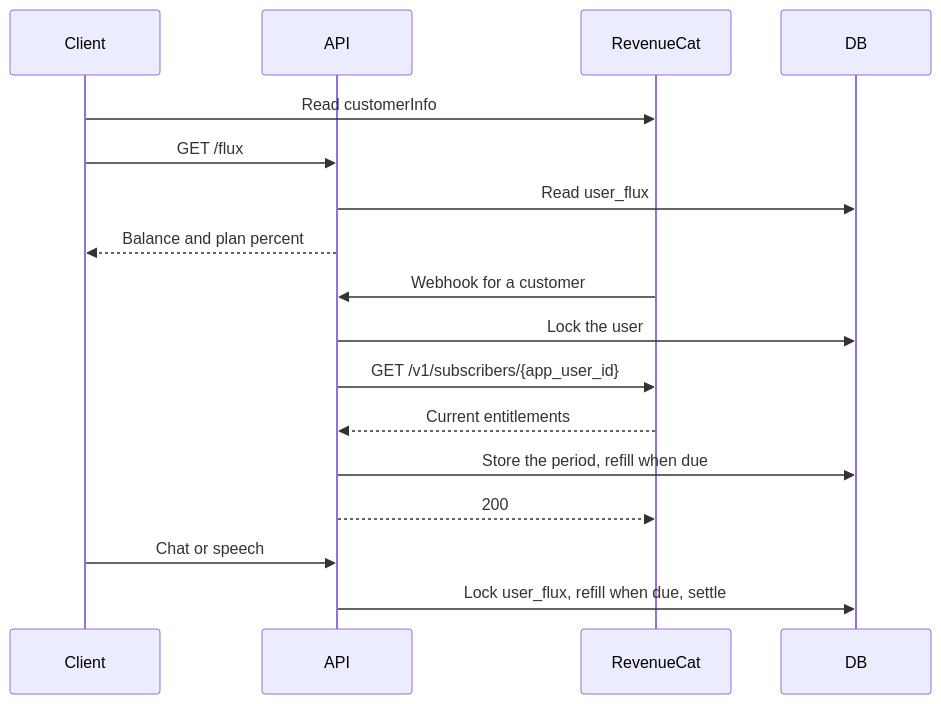
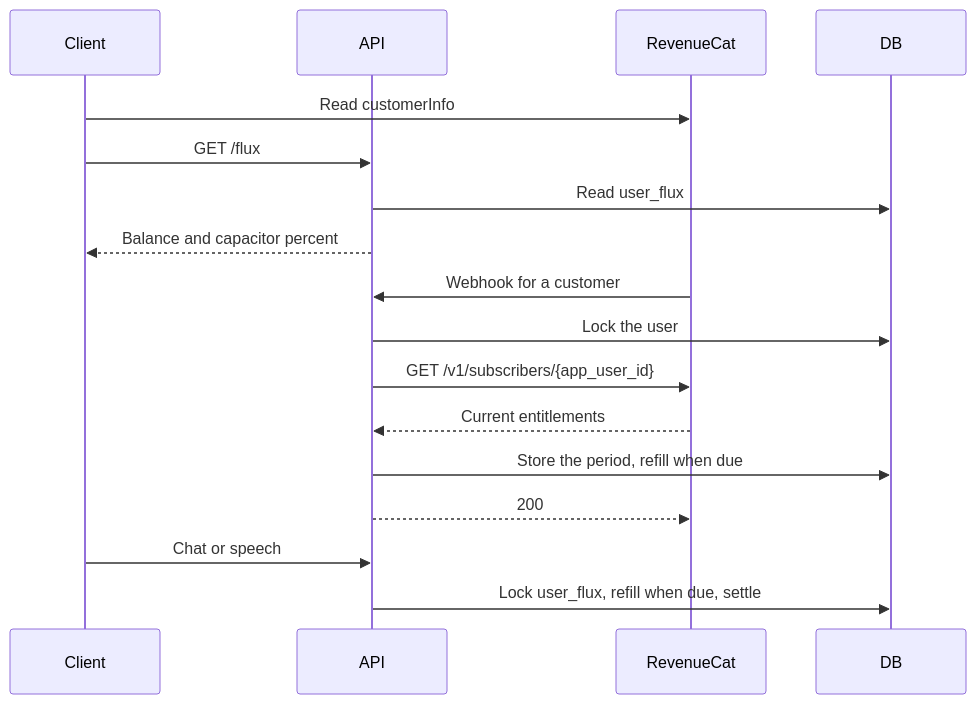
Before and after one commit to moeru-ai/airi: the second of 2 diagrams in server/docs/ai/adr/2026-10-04-subscription-credits.md, drawn with Mermaid. The commit also changed other lines of this file and 35 other files, not shown here.

First line of the commit message:
refactor(api,stage-ui): name the subscription Flux store Capacitor

````diff
--- a/server/docs/ai/adr/2026-10-04-subscription-credits.md
+++ b/server/docs/ai/adr/2026-10-04-subscription-credits.md
@@ -156,19 +156,19 @@
 ```mermaid
 sequenceDiagram
   participant Client
   participant API
   participant RC as RevenueCat
   participant DB
   Client->>RC: Read customerInfo
   Client->>API: GET /flux
   API->>DB: Read user_flux
-  API-->>Client: Balance and plan percent
+  API-->>Client: Balance and capacitor percent
   RC->>API: Webhook for a customer
   API->>DB: Lock the user
   API->>RC: GET /v1/subscribers/{app_user_id}
   RC-->>API: Current entitlements
   API->>DB: Store the period, refill when due
   API-->>RC: 200
   Client->>API: Chat or speech
   API->>DB: Lock user_flux, refill when due, settle
 ```
````
